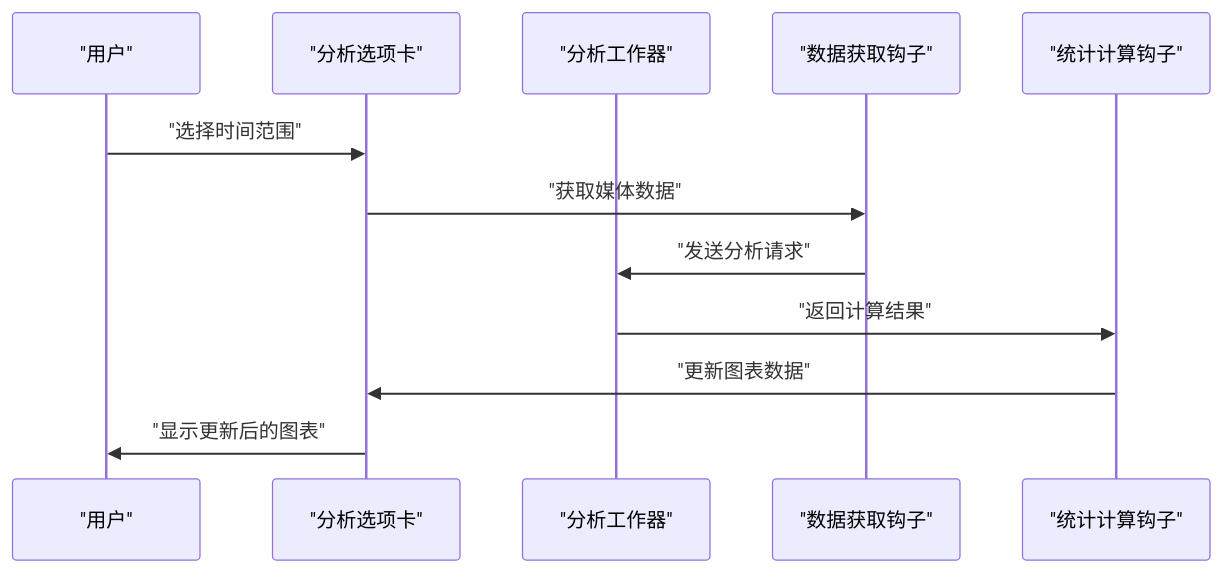
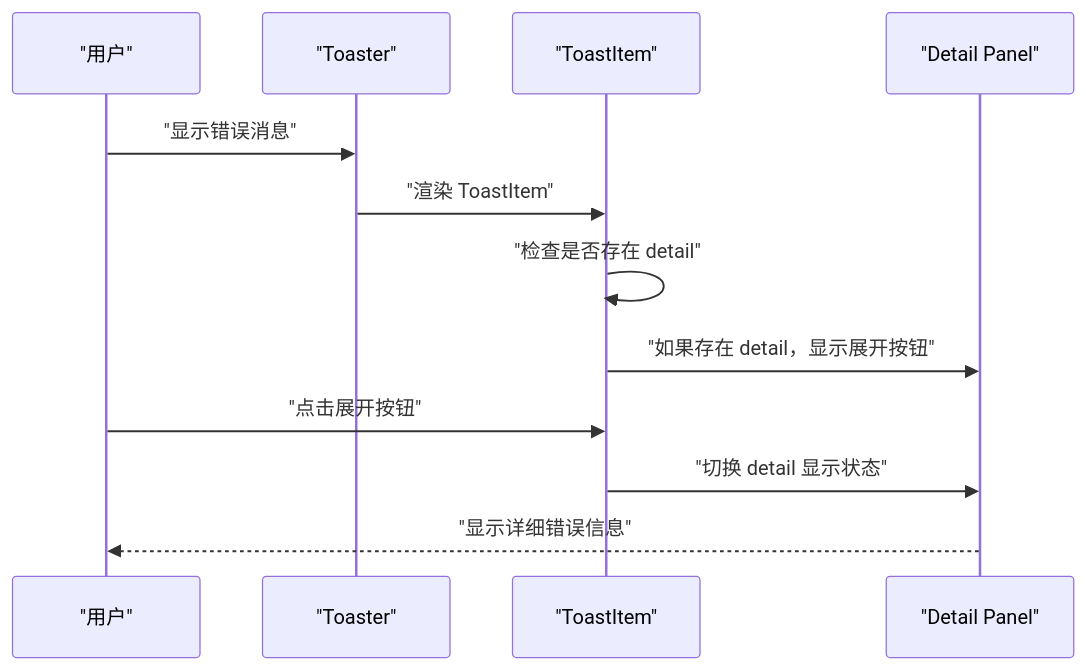
Before and after one commit to RadiumAg/bilibili-favorites: the sixth of 8 diagrams in .qoder/repowiki/zh/content/UI组件系统/UI组件系统.md, drawn with Mermaid. The commit also changed other lines of this file and 21 other files, not shown here.

````diff
--- a/.qoder/repowiki/zh/content/UI组件系统/UI组件系统.md
+++ b/.qoder/repowiki/zh/content/UI组件系统/UI组件系统.md
@@ -753,14 +428,14 @@
 ```mermaid
 sequenceDiagram
-participant User as "用户"
-participant OptionsTab as "分析选项卡"
-participant Worker as "分析工作器"
-participant DataHook as "数据获取钩子"
-participant StatsHook as "统计计算钩子"
-User->>OptionsTab : "选择时间范围"
-OptionsTab->>DataHook : "获取媒体数据"
-DataHook->>Worker : "发送分析请求"
-Worker->>StatsHook : "返回计算结果"
-StatsHook->>OptionsTab : "更新图表数据"
-OptionsTab->>User : "显示更新后的图表"
+participant U as "用户"
+participant T as "Toaster"
+participant TI as "ToastItem"
+participant D as "Detail Panel"
+U->>T : "显示错误消息"
+T->>TI : "渲染 ToastItem"
+TI->>TI : "检查是否存在 detail"
+TI->>D : "如果存在 detail，显示展开按钮"
+U->>TI : "点击展开按钮"
+TI->>D : "切换 detail 显示状态"
+D-->>U : "显示详细错误信息"
 ```
````
